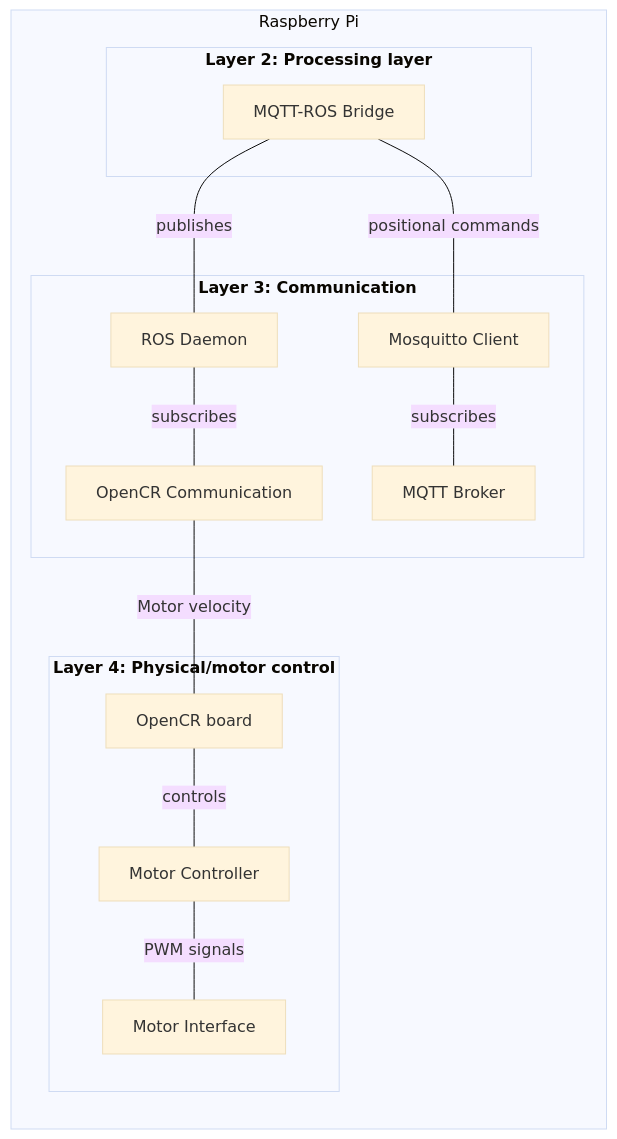
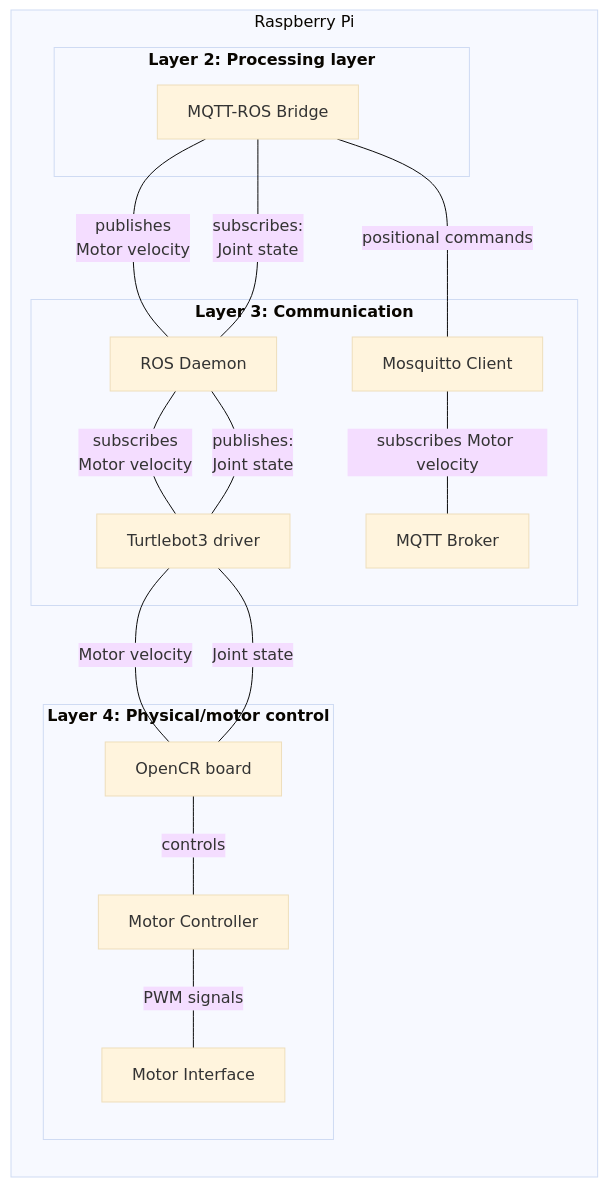
One commit to Lukas4314/3-Semester-project changed the diagram in mermaidCharts/rpi.mmd. Above: the diagram before and after it, drawn with Mermaid (base theme).

```diff
--- a/mermaidCharts/rpi.mmd
+++ b/mermaidCharts/rpi.mmd
@@ -1,27 +1,31 @@
 flowchart LR
     subgraph RPI[Raspberry Pi]
         
         subgraph L1[<b>Layer 4: Physical/motor control</b>]
             
             
             PI_Board[OpenCR board]
             PI_MC[Motor Controller]
             PI_Mot[Motor Interface]
             PI_Board -- "controls" --- PI_MC -- "PWM signals" --- PI_Mot
         end
         subgraph L2[<b>Layer 3: Communication</b>]
-            PI_OPENCR[OpenCR Communication]
+            PI_OPENCR[Turtlebot3 driver]
             PI_MQTT[MQTT Broker]
             PI_ROS[ROS Daemon]
             PI_Client[Mosquitto Client]
         end
         subgraph L3[<b>Layer 2: Processing layer</b>]
             
             PI_Bridge[MQTT-ROS Bridge]
         end
     end
     PI_OPENCR -- "Motor velocity" --- PI_Board
-    PI_Client -- "subscribes" --- PI_MQTT
+    PI_Client -- "subscribes Motor velocity" --- PI_MQTT
     PI_Bridge -- "positional commands" --- PI_Client
-    PI_Bridge -- "publishes" --- PI_ROS
-    PI_ROS -- "subscribes" --- PI_OPENCR
+    PI_Bridge -- "publishes <br> Motor velocity" --- PI_ROS
+    PI_ROS -- "subscribes <br> Motor velocity" --- PI_OPENCR
+
+    PI_Bridge -- "subscribes: <br> Joint state" --- PI_ROS
+    PI_ROS -- "publishes: <br> Joint state" --- PI_OPENCR
+    PI_OPENCR -- "Joint state" --- PI_Board
```
